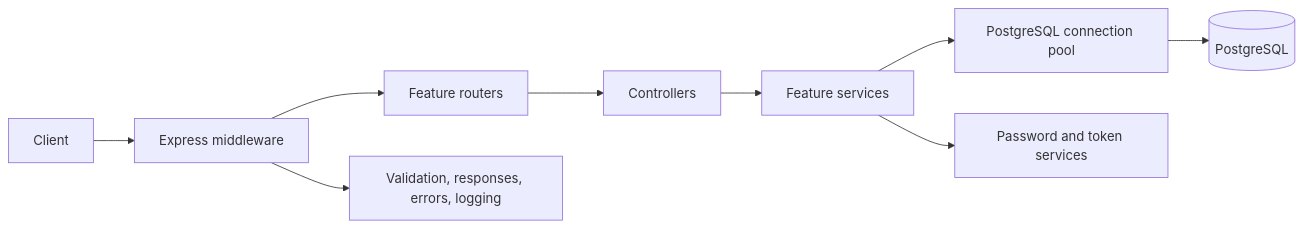
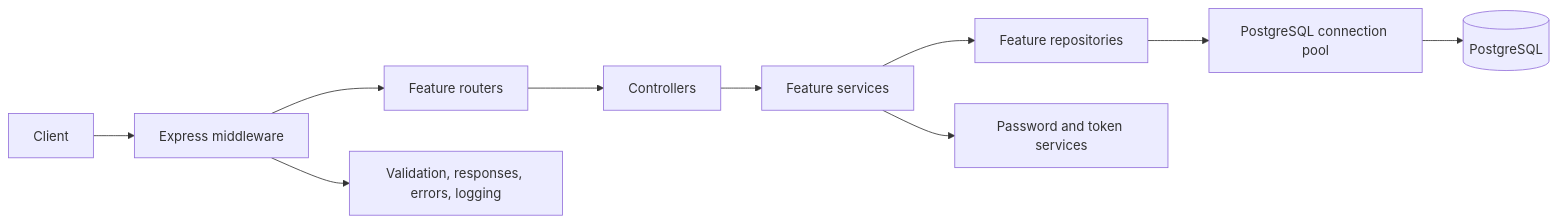
One commit to muhsintt777/xpen changed the diagram in README.md. Above: the diagram before and after it, drawn with Mermaid. The commit also changed other lines of this file, not shown here.

Commit message:
docs: enhance README with modular architecture details and engineering practices

````diff
--- a/README.md
+++ b/README.md
@@ -7,11 +7,12 @@
 ```mermaid
 flowchart LR
     Client --> Middleware[Express middleware]
     Middleware --> Routers[Feature routers]
     Routers --> Controllers[Controllers]
     Controllers --> Services[Feature services]
-    Services --> Pool[PostgreSQL connection pool]
+    Services --> Repositories[Feature repositories]
+    Repositories --> Pool[PostgreSQL connection pool]
     Pool --> Database[(PostgreSQL)]
     Middleware --> Shared[Validation, responses, errors, logging]
     Services --> Security[Password and token services]
 ```
````
